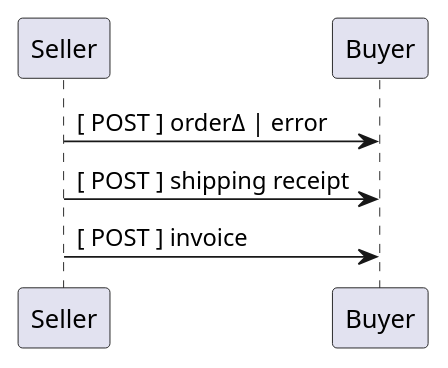
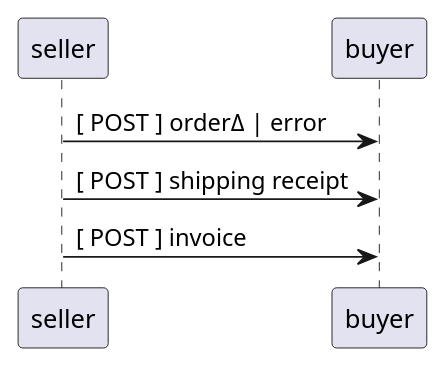
Before and after one commit to EciStg/order-placement: the fifth of 6 diagrams in overview.org, drawn with PlantUML. The commit also changed other lines of this file and 8 other files, not shown here.

Commit message:
overview : added full sequence diagram, removed the consumer actor (for now), fixed capitalization and spelling errors.

```diff
--- a/overview.org
+++ b/overview.org
@@ -52,7 +72,7 @@
-#+BEGIN_SRC plantuml :file ./images/sequence-seller2buyer.puml.png :exports results
+#+BEGIN_SRC plantuml :file ./images/endpoints-seller2buyer.puml.png :exports results
 @startuml sequence-seller2buyer.png
-Seller -> Buyer: [ POST ] order<U+0394> | error
-Seller -> Buyer: [ POST ] shipping receipt
-Seller -> Buyer: [ POST ] invoice
+seller -> buyer: [ POST ] order<U+0394> | error
+seller -> buyer: [ POST ] shipping receipt
+seller -> buyer: [ POST ] invoice
 @enduml
 #+END_SRC
```
